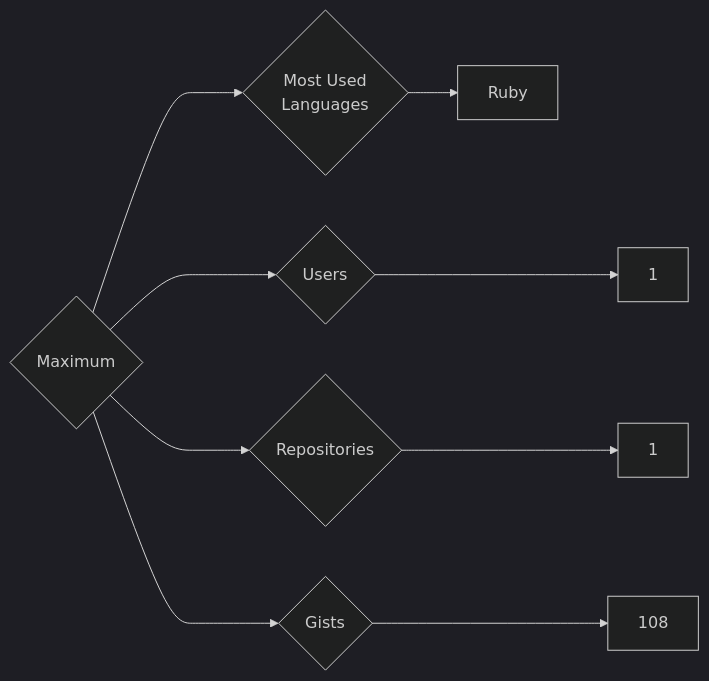
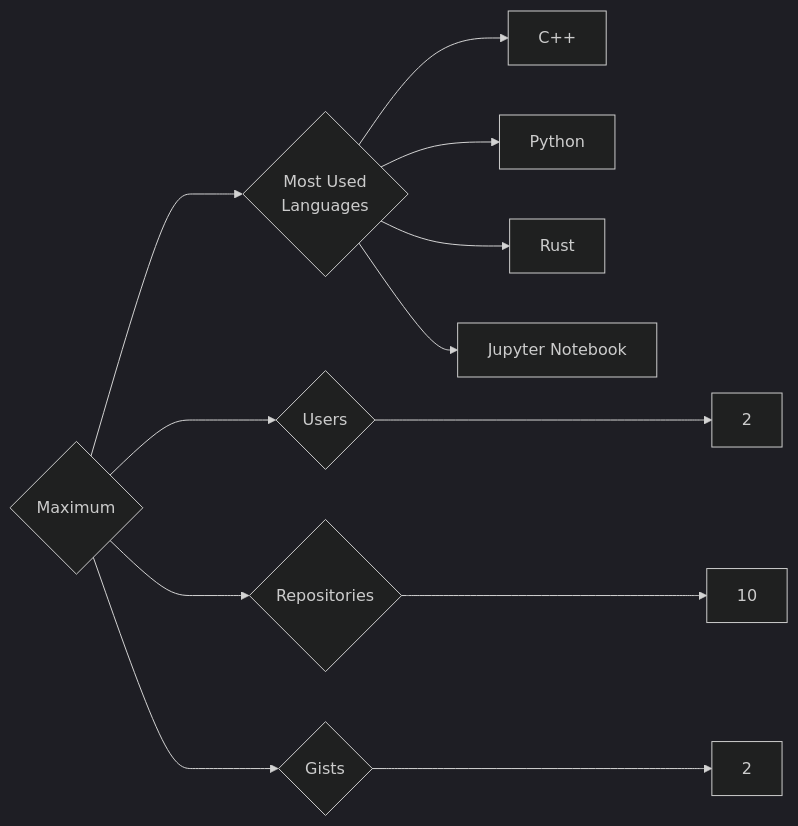
Before and after one commit to trickest/insiders: the diagram in targets/Maximum/README.md, drawn with Mermaid (dark theme). The commit also changed 1389 other files, not shown here.

````diff
--- a/targets/Maximum/README.md
+++ b/targets/Maximum/README.md
@@ -3,9 +3,12 @@
 ```mermaid
 graph LR
 COMPANY_NAME{Maximum}
-COMPANY_NAME ---> U{Users} ---> UN[1]
-COMPANY_NAME ---> R{Repositories} ---> RN[1]
-COMPANY_NAME ---> G{Gists} ---> GN[108]
+COMPANY_NAME ---> U{Users} ---> UN[2]
+COMPANY_NAME ---> R{Repositories} ---> RN[10]
+COMPANY_NAME ---> G{Gists} ---> GN[2]
 COMPANY_NAME ---> ML{Most Used<br>Languages}
-ML --> Ruby[Ruby]
+ML --> C++[C++]
+ML --> Python[Python]
+ML --> Rust[Rust]
+ML --> Jupyter_Notebook[Jupyter Notebook]
 ```
````
